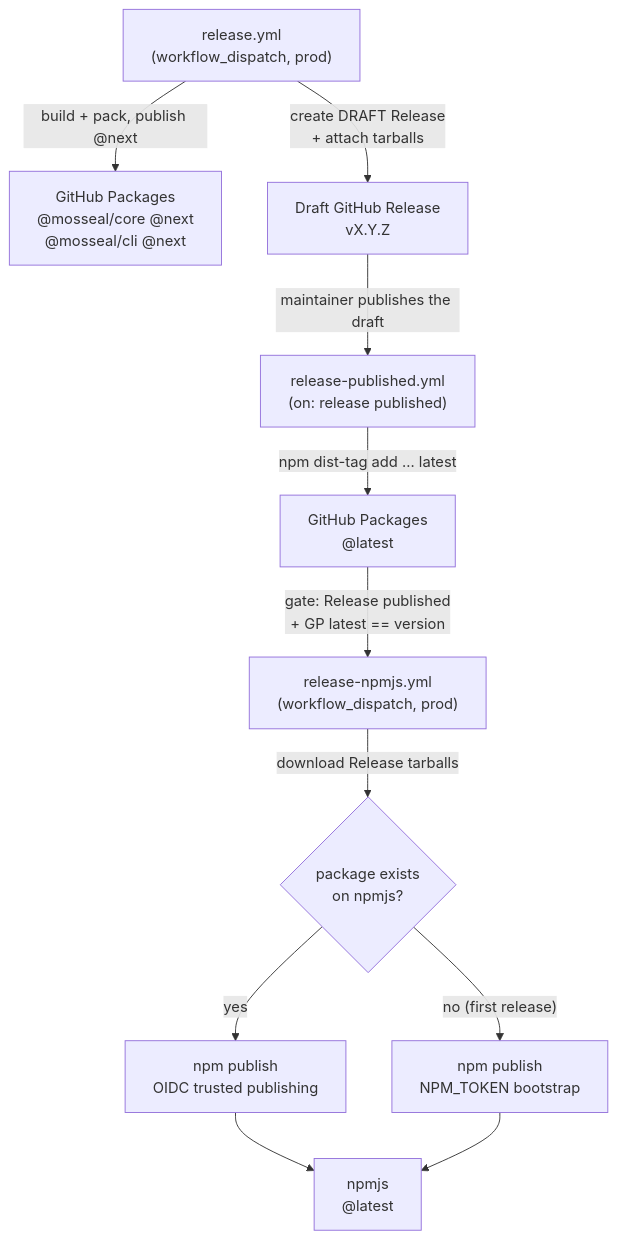
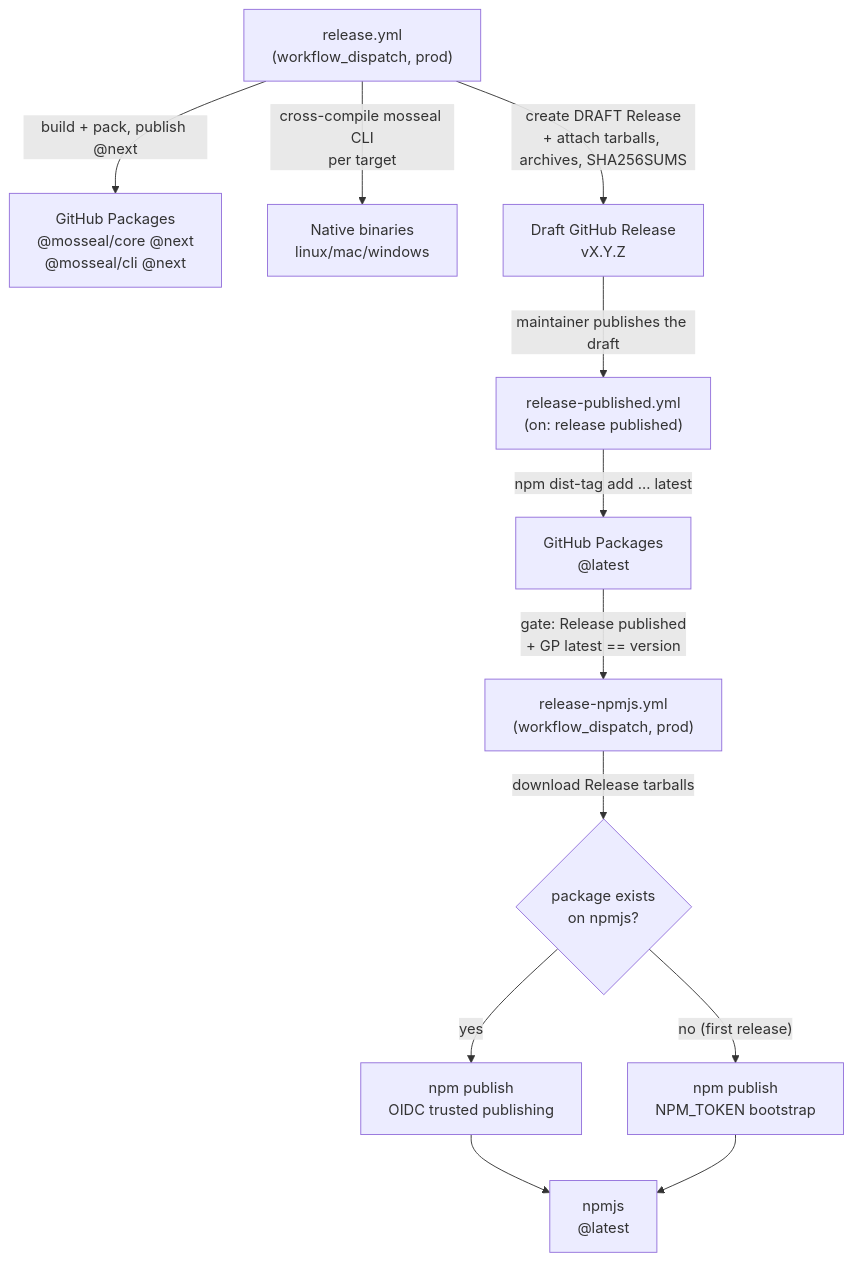
Before and after one commit to mosseal/mosseal: the diagram in docs/development.md, drawn with Mermaid. The commit also changed other lines of this file and 4 other files, not shown here.

Commit message:
feat: implement native CLI binary cross-compilation in release workflow

````diff
--- a/docs/development.md
+++ b/docs/development.md
@@ -134,13 +134,14 @@
 ```mermaid
 flowchart TD
     A["release.yml<br/>(workflow_dispatch, prod)"] -->|"build + pack, publish @next"| B["GitHub Packages<br/>@mosseal/core @next<br/>@mosseal/cli @next"]
-    A -->|"create DRAFT Release<br/>+ attach tarballs"| C["Draft GitHub Release<br/>vX.Y.Z"]
+    A -->|"cross-compile mosseal CLI<br/>per target"| BIN["Native binaries<br/>linux/mac/windows"]
+    A -->|"create DRAFT Release<br/>+ attach tarballs, archives, SHA256SUMS"| C["Draft GitHub Release<br/>vX.Y.Z"]
     C -->|"maintainer publishes the draft"| D["release-published.yml<br/>(on: release published)"]
     D -->|"npm dist-tag add … latest"| E["GitHub Packages<br/>@latest"]
     E -->|"gate: Release published<br/>+ GP latest == version"| F["release-npmjs.yml<br/>(workflow_dispatch, prod)"]
     F -->|"download Release tarballs"| G{"package exists<br/>on npmjs?"}
     G -->|"yes"| H["npm publish<br/>OIDC trusted publishing"]
     G -->|"no (first release)"| I["npm publish<br/>NPM_TOKEN bootstrap"]
     H --> J["npmjs<br/>@latest"]
     I --> J
 ```
````
